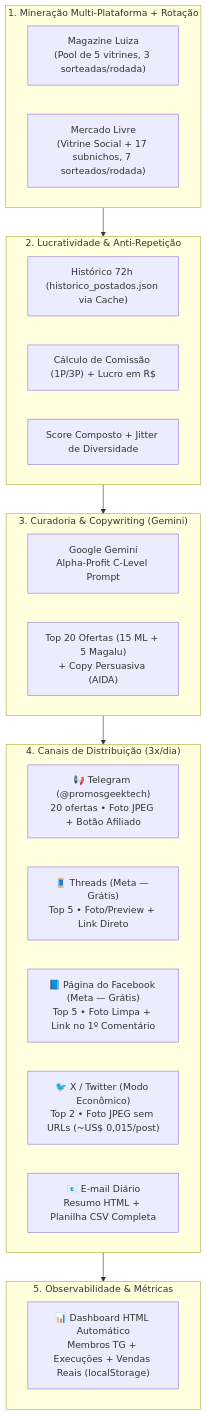
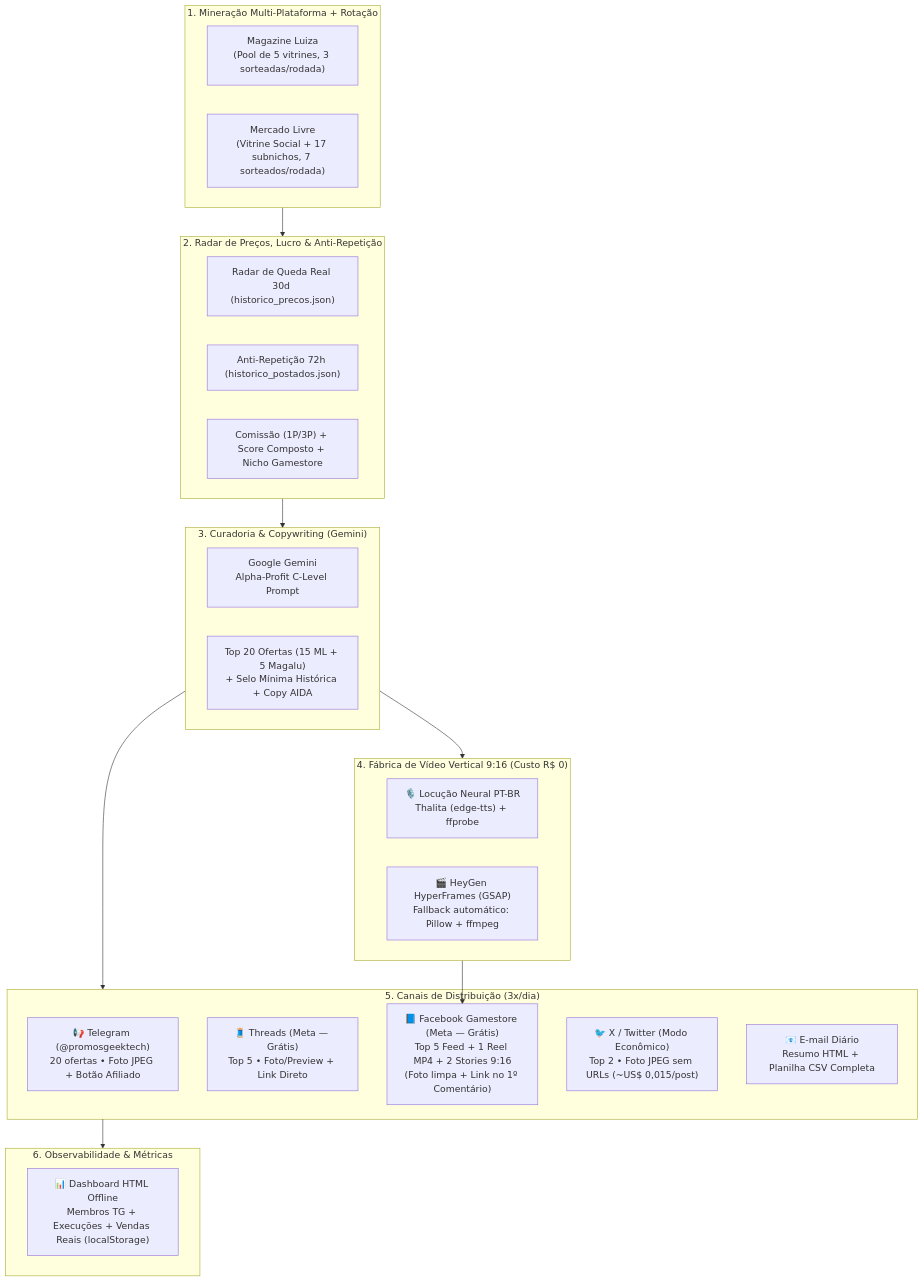
The diagram in README.md (rdsmelobsb/bot_afiliados_magalu), drawn with Mermaid before and after one commit. The commit also changed other lines of this file, not shown here.

Commit message:
docs: atualizar README.md com HyperFrames + Thalita, Reels/Stories, Radar 30d e nicho Gamestore

````diff
--- a/README.md
+++ b/README.md
@@ -12,35 +12,42 @@
 ```mermaid
 flowchart TD
     subgraph Coleta ["1. Mineração Multi-Plataforma + Rotação"]
         M1["Magazine Luiza<br/>(Pool de 5 vitrines, 3 sorteadas/rodada)"]
         M2["Mercado Livre<br/>(Vitrine Social + 17 subnichos, 7 sorteados/rodada)"]
     end
 
-    subgraph Inteligencia ["2. Lucratividade & Anti-Repetição"]
-        F1["Histórico 72h (historico_postados.json via Cache)"]
-        F2["Cálculo de Comissão (1P/3P) + Lucro em R$"]
-        F3["Score Composto + Jitter de Diversidade"]
+    subgraph Inteligencia ["2. Radar de Preços, Lucro & Anti-Repetição"]
+        F1["Radar de Queda Real 30d (historico_precos.json)"]
+        F2["Anti-Repetição 72h (historico_postados.json)"]
+        F3["Comissão (1P/3P) + Score Composto + Nicho Gamestore"]
     end
 
     subgraph EstrategiaIA ["3. Curadoria & Copywriting (Gemini)"]
         IA["Google Gemini<br/>Alpha-Profit C-Level Prompt"]
-        COPY["Top 20 Ofertas (15 ML + 5 Magalu)<br/>+ Copy Persuasiva (AIDA)"]
+        COPY["Top 20 Ofertas (15 ML + 5 Magalu)<br/>+ Selo Mínima Histórica + Copy AIDA"]
     end
 
-    subgraph Distribuicao ["4. Canais de Distribuição (3x/dia)"]
+    subgraph Midia ["4. Fábrica de Vídeo Vertical 9:16 (Custo R$ 0)"]
+        TTS["🎙️ Locução Neural PT-BR<br/>Thalita (edge-tts) + ffprobe"]
+        HF["🎬 HeyGen HyperFrames (GSAP)<br/>Fallback automático: Pillow + ffmpeg"]
+    end
+
+    subgraph Distribuicao ["5. Canais de Distribuição (3x/dia)"]
         TG["📢 Telegram (@promosgeektech)<br/>20 ofertas • Foto JPEG + Botão Afiliado"]
         TH["🧵 Threads (Meta — Grátis)<br/>Top 5 • Foto/Preview + Link Direto"]
-        FB["📘 Página do Facebook (Meta — Grátis)<br/>Top 5 • Foto Limpa + Link no 1º Comentário"]
+        FB["📘 Facebook Gamestore (Meta — Grátis)<br/>Top 5 Feed + 1 Reel MP4 + 2 Stories 9:16<br/>(Foto limpa + Link no 1º Comentário)"]
         TW["🐦 X / Twitter (Modo Econômico)<br/>Top 2 • Foto JPEG sem URLs (~US$ 0,015/post)"]
         EMAIL["📧 E-mail Diário<br/>Resumo HTML + Planilha CSV Completa"]
     end
 
-    subgraph Tracking ["5. Observabilidade & Métricas"]
-        DASH["📊 Dashboard HTML Automático<br/>Membros TG + Execuções + Vendas Reais (localStorage)"]
+    subgraph Tracking ["6. Observabilidade & Métricas"]
+        DASH["📊 Dashboard HTML Offline<br/>Membros TG + Execuções + Vendas Reais (localStorage)"]
     end
 
     Coleta --> Inteligencia
     Inteligencia --> EstrategiaIA
+    EstrategiaIA --> Midia
     EstrategiaIA --> Distribuicao
+    Midia --> FB
     Distribuicao --> Tracking
 ```
````
